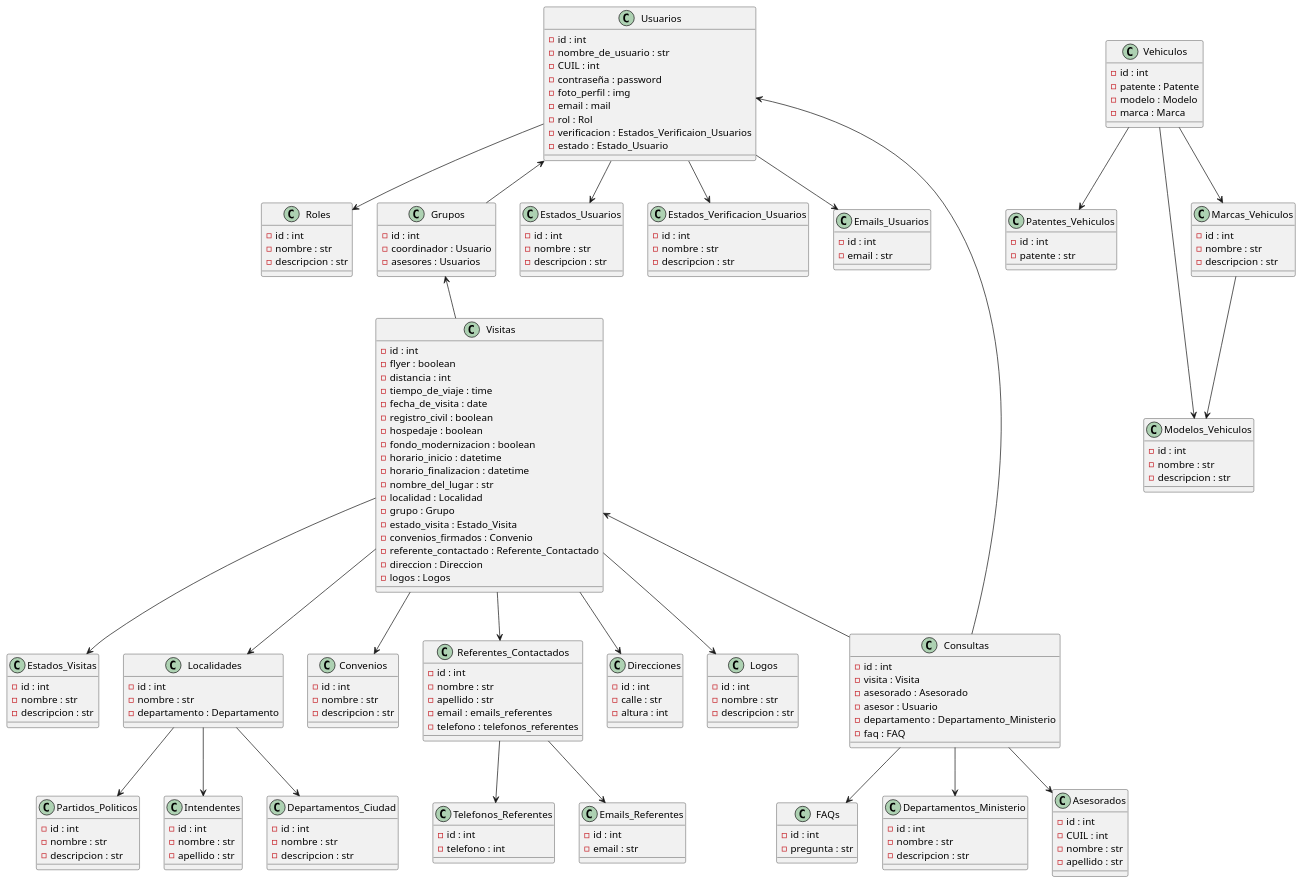
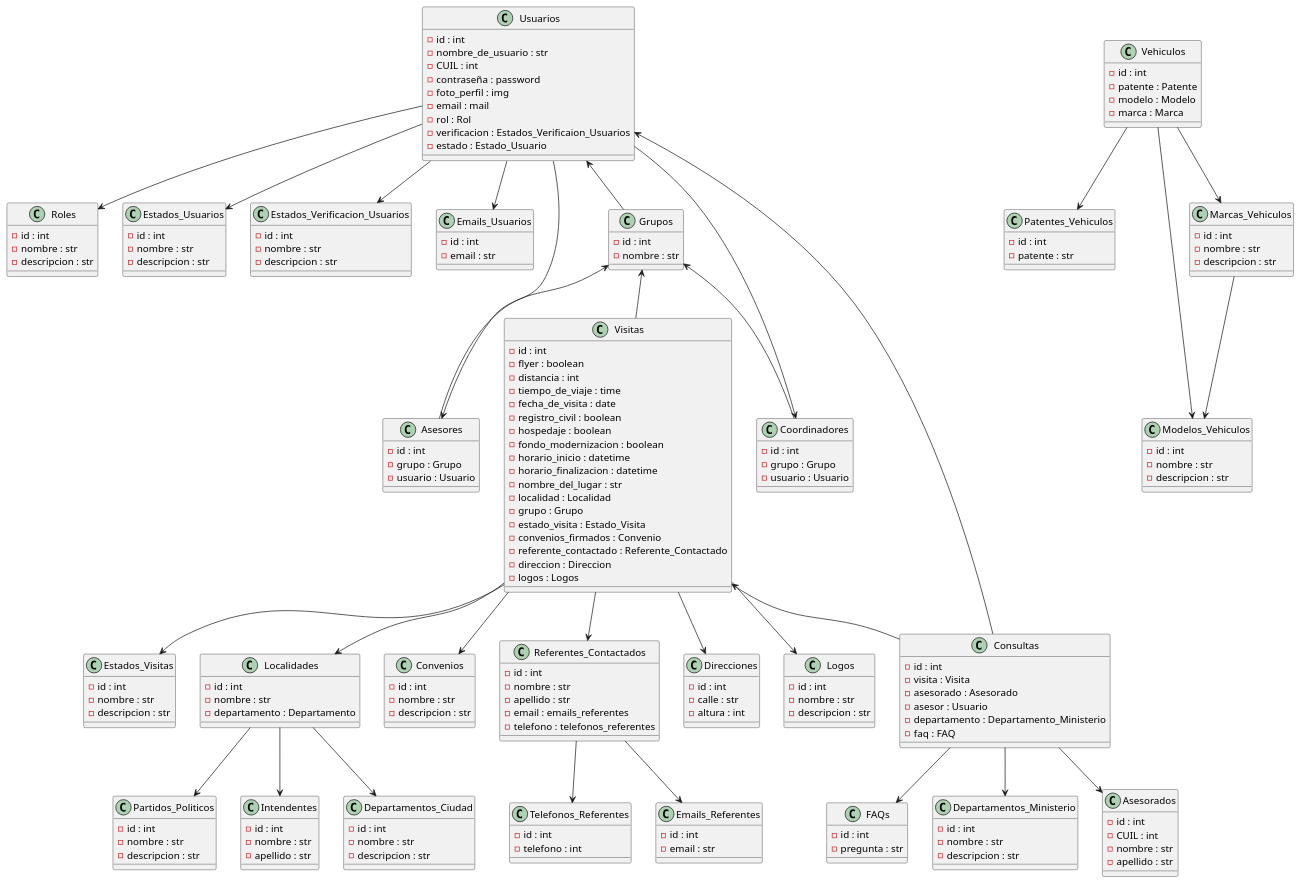
One commit to MateMar04/financiation changed the diagram in Database_Source/diagram.wsd. Above: the diagram before and after it, drawn with PlantUML.

```diff
--- a/Database_Source/diagram.wsd
+++ b/Database_Source/diagram.wsd
@@ -37,12 +37,6 @@
     -referente_contactado : Referente_Contactado
     -direccion : Direccion
     -logos : Logos
-}
-
-class Grupos {
-    -id : int
-    -coordinador : Usuario
-    -asesores : Usuarios
 }
 
 class Consultas {
@@ -180,6 +174,24 @@
     -telefono : int
 }
 
+class Grupos {
+    -id : int
+    -nombre : str
+}
+
+
+class Asesores {
+    -id : int
+    -grupo : Grupo
+    -usuario : Usuario
+}
+
+class Coordinadores {
+    -id : int
+    -grupo : Grupo
+    -usuario : Usuario
+}
+
 Usuarios --> Roles
 Usuarios <-- Grupos
 Usuarios --> Estados_Usuarios
@@ -206,5 +218,9 @@
 Vehiculos --> Marcas_Vehiculos
 Vehiculos --> Modelos_Vehiculos
 Marcas_Vehiculos --> Modelos_Vehiculos
+Usuarios --> Coordinadores
+Grupos <-- Coordinadores
+Usuarios --> Asesores
+Grupos <-- Asesores
 
 @enduml
```
